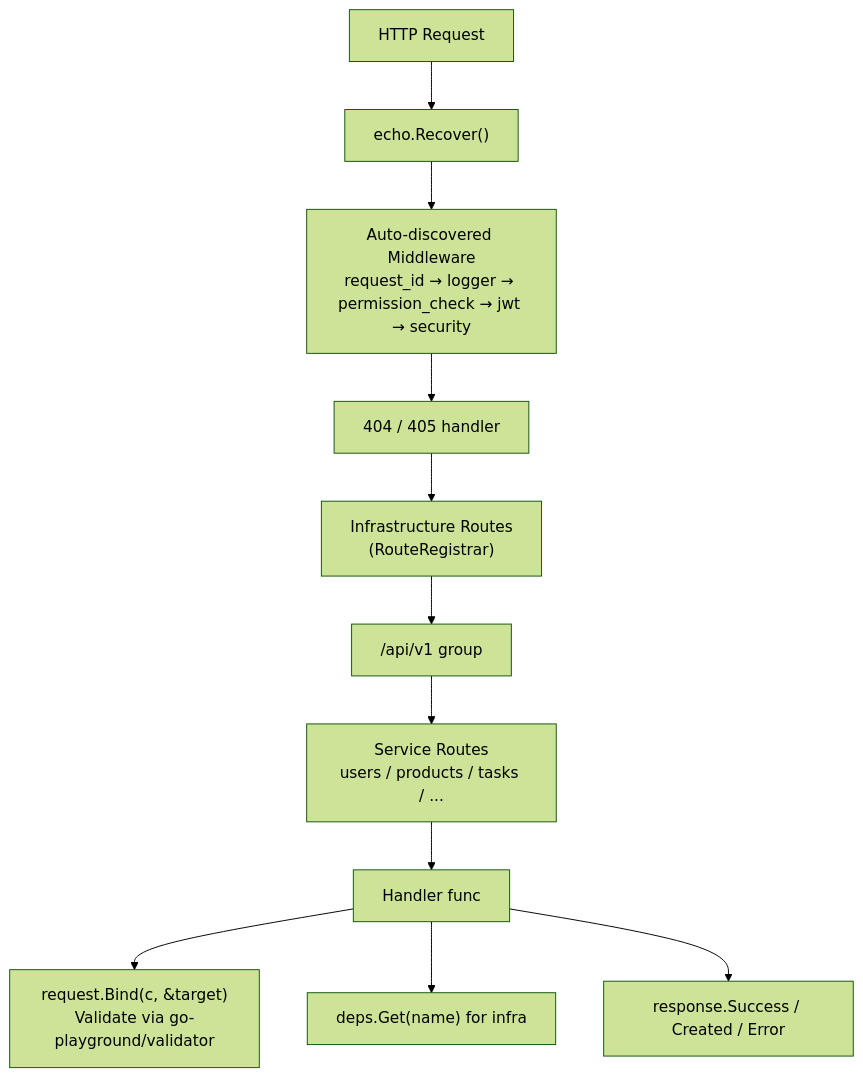
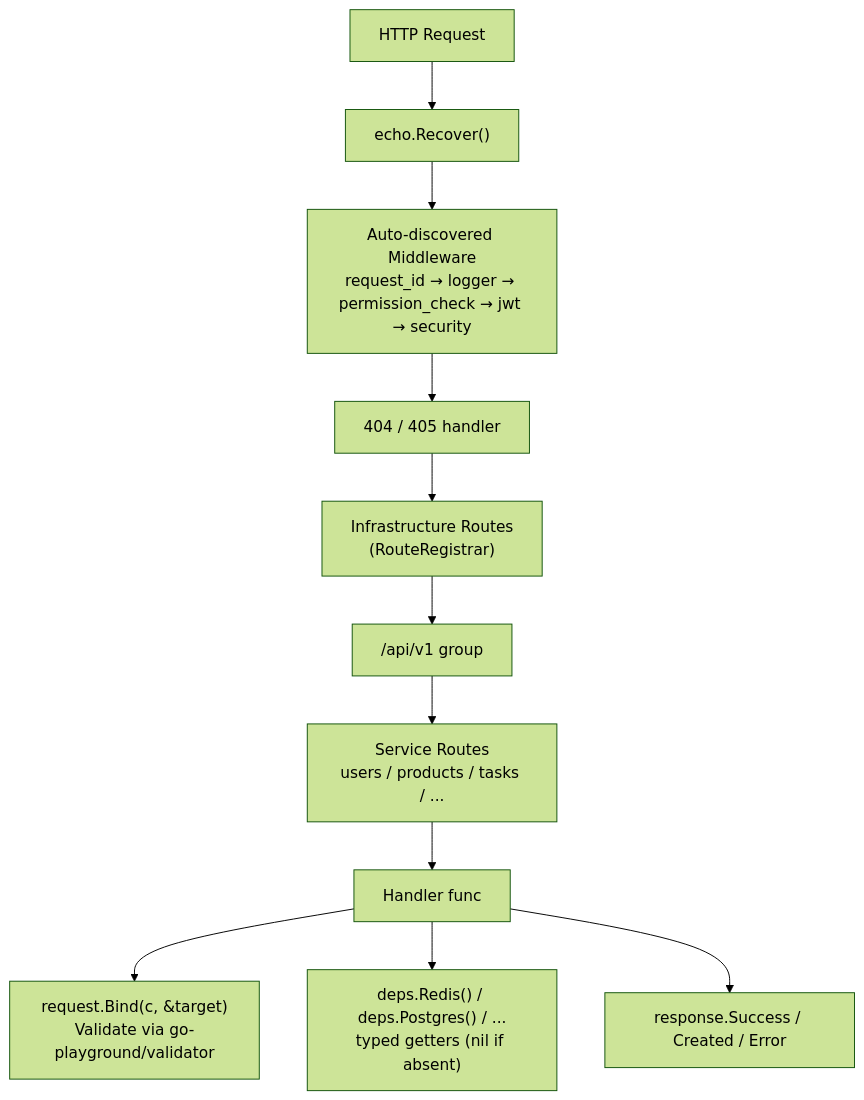
One commit to diameter-tscd/stackyrd changed the fourth of 9 diagrams in DESIGN.md. Above: the diagram before and after it, drawn with Mermaid (forest theme). The commit also changed other lines of this file and 57 other files, not shown here.

````diff
--- a/DESIGN.md
+++ b/DESIGN.md
@@ -146,25 +147,25 @@
 ```mermaid
 flowchart TD
     req["HTTP Request"]
     recover["echo.Recover()"]
     mws["Auto-discovered Middleware<br/>request_id → logger → permission_check → jwt → security"]
     notfound["404 / 405 handler"]
     infraRoutes["Infrastructure Routes<br/>(RouteRegistrar)"]
     apiGroup["/api/v1 group"]
     services["Service Routes<br/>users / products / tasks / ..."]
     handler["Handler func"]
     bind["request.Bind(c, &target)<br/>Validate via go-playground/validator"]
-    deps["deps.Get(name) for infra"]
+    deps["deps.Redis() / deps.Postgres() / ...<br/>typed getters (nil if absent)"]
     response["response.Success / Created / Error"]
 
     req --> recover
     recover --> mws
     mws --> notfound
     notfound --> infraRoutes
     infraRoutes --> apiGroup
     apiGroup --> services
     services --> handler
     handler --> bind
     handler --> deps
     handler --> response
 ```
````
